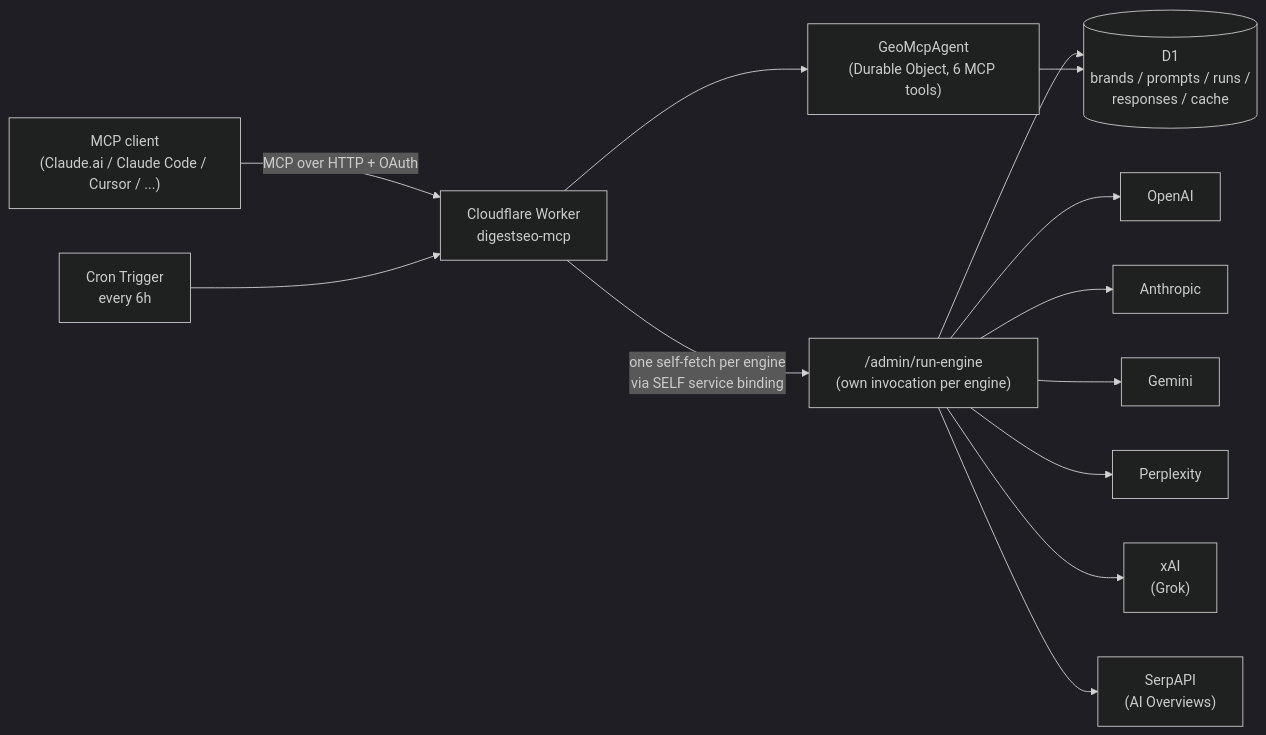
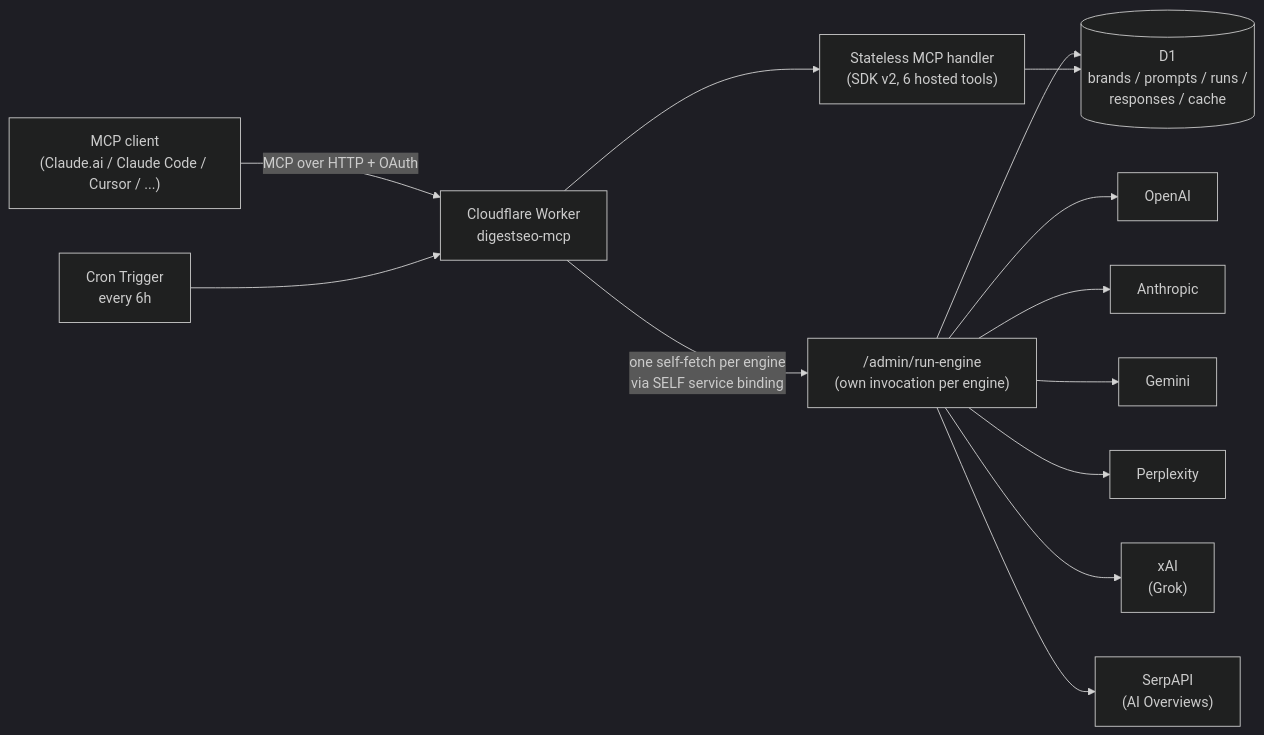
Before and after one commit to AKzar1el/mcp-geo: the diagram in README.md, drawn with Mermaid (dark theme). The commit also changed other lines of this file and 5 other files, not shown here.

Commit message:
refine MCP tool schemas for leaner agent context (#166)

````diff
--- a/README.md
+++ b/README.md
@@ -716,15 +716,15 @@
 ```mermaid
 flowchart LR
     C["MCP client<br/>(Claude.ai / Claude Code / Cursor / ...)"] -- "MCP over HTTP + OAuth" --> W["Cloudflare Worker<br/>digestseo-mcp"]
     CRON["Cron Trigger<br/>every 6h"] --> W
-    W --> DO["GeoMcpAgent<br/>(Durable Object, 6 MCP tools)"]
+    W --> MCP["Stateless MCP handler<br/>(SDK v2, 6 hosted tools)"]
     W -- "one self-fetch per engine<br/>via SELF service binding" --> RE["/admin/run-engine<br/>(own invocation per engine)"]
     RE --> E1["OpenAI"]
     RE --> E2["Anthropic"]
     RE --> E3["Gemini"]
     RE --> E4["Perplexity"]
     RE --> E5["xAI<br/>(Grok)"]
     RE --> E6["SerpAPI<br/>(AI Overviews)"]
     RE --> DB[("D1<br/>brands / prompts / runs /<br/>responses / cache")]
-    DO --> DB
+    MCP --> DB
 ```
````
